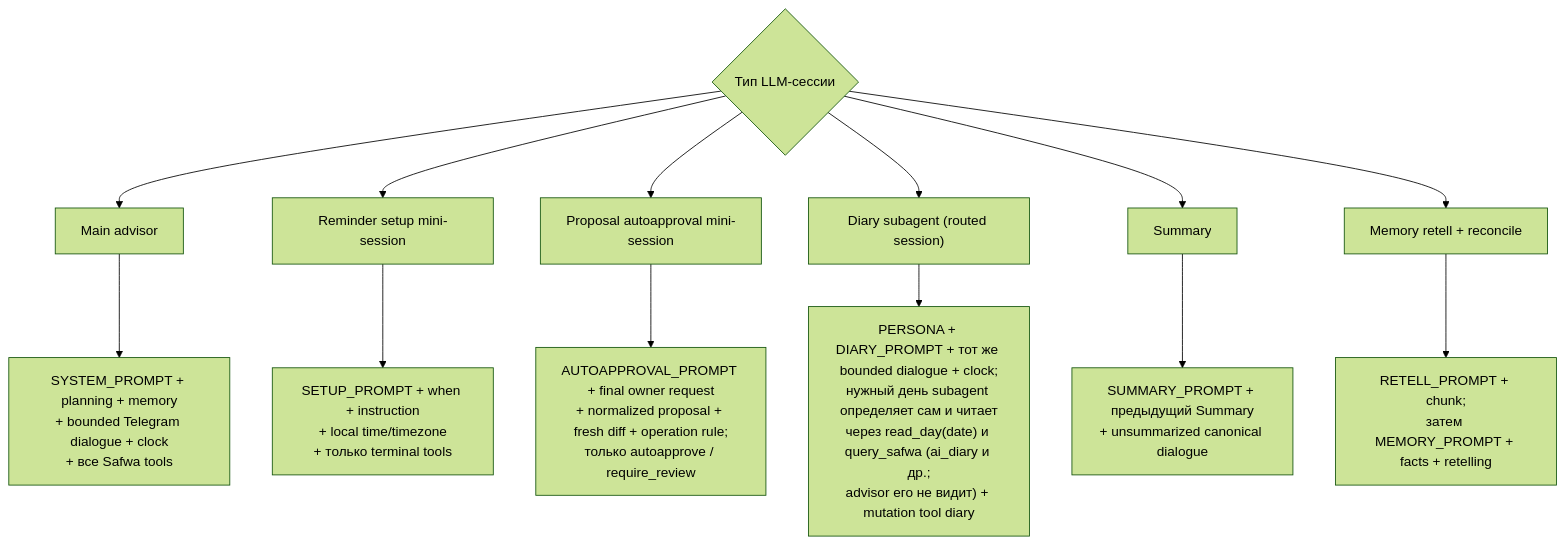
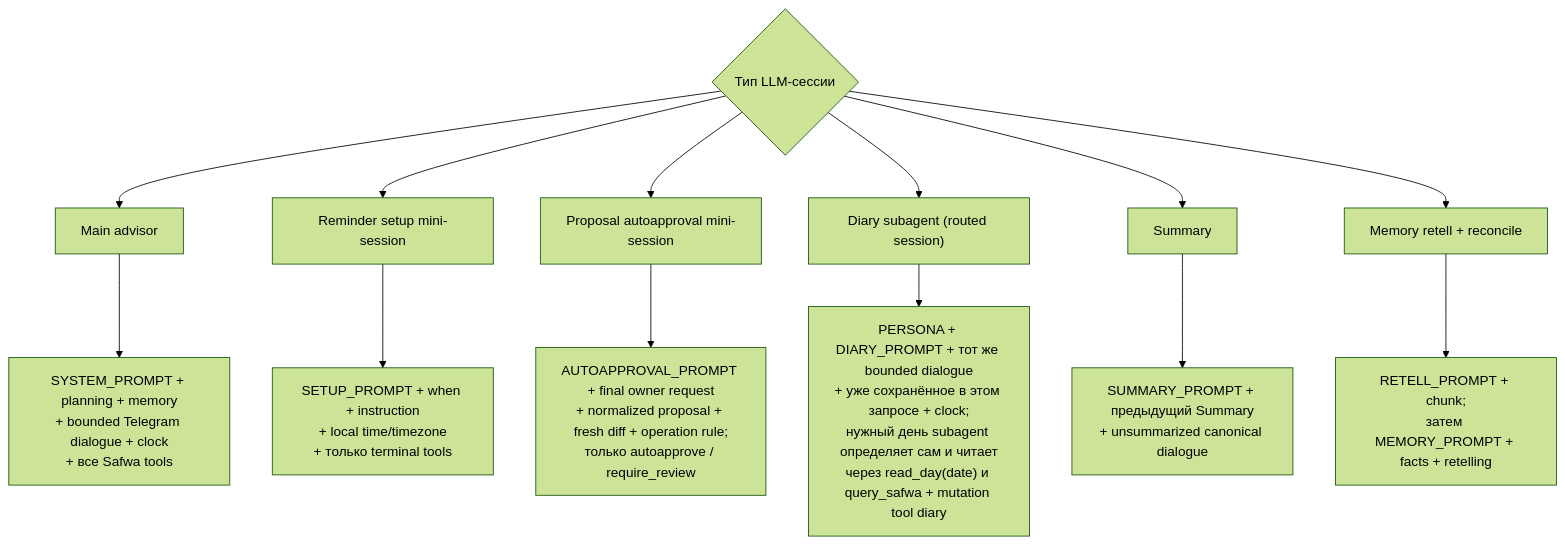
The second of 2 diagrams in docs/diagrams/03-session-contexts.md (myvaheed/tg-ai-safwa), drawn with Mermaid (forest theme) before and after one commit. The commit also changed other lines of this file and 16 other files, not shown here.

````diff
--- a/docs/diagrams/03-session-contexts.md
+++ b/docs/diagrams/03-session-contexts.md
@@ -31,17 +31,17 @@
 ```mermaid
 flowchart TD
     E{"Тип LLM-сессии"}
     E --> MAIN["Main advisor"]
     E --> SETUP["Reminder setup mini-session"]
     E --> AUTO["Proposal autoapproval mini-session"]
     E --> SUB["Diary subagent (routed session)"]
     E --> SUM["Summary"]
     E --> RETELL["Memory retell + reconcile"]
 
     MAIN --> MC["SYSTEM_PROMPT + planning + memory<br/>+ bounded Telegram dialogue + clock<br/>+ все Safwa tools"]
     SETUP --> SC["SETUP_PROMPT + when + instruction<br/>+ local time/timezone<br/>+ только terminal tools"]
     AUTO --> AC["AUTOAPPROVAL_PROMPT + final owner request<br/>+ normalized proposal + fresh diff + operation rule;<br/>только autoapprove / require_review"]
-    SUB --> SBC["PERSONA + DIARY_PROMPT + тот же bounded dialogue + clock;<br/>нужный день subagent определяет сам и читает<br/>через read_day(date) и query_safwa (ai_diary и др.;<br/>advisor его не видит) + mutation tool diary"]
+    SUB --> SBC["PERSONA + DIARY_PROMPT + тот же bounded dialogue<br/>+ уже сохранённое в этом запросе + clock;<br/>нужный день subagent определяет сам и читает<br/>через read_day(date) и query_safwa + mutation tool diary"]
     SUM --> SUC["SUMMARY_PROMPT + предыдущий Summary<br/>+ unsummarized canonical dialogue"]
     RETELL --> MEC["RETELL_PROMPT + chunk;<br/>затем MEMORY_PROMPT + facts + retelling"]
 ```
````
